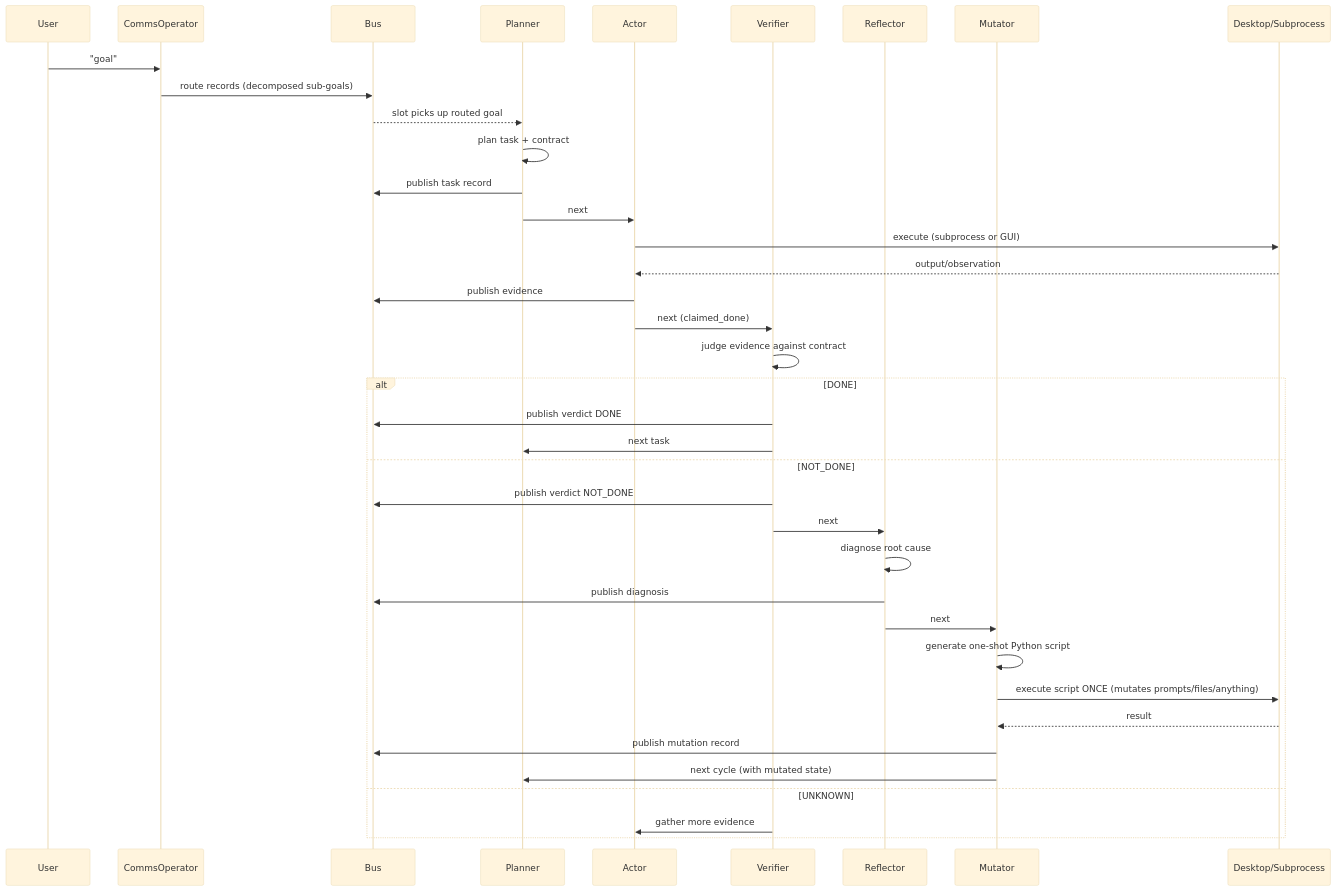
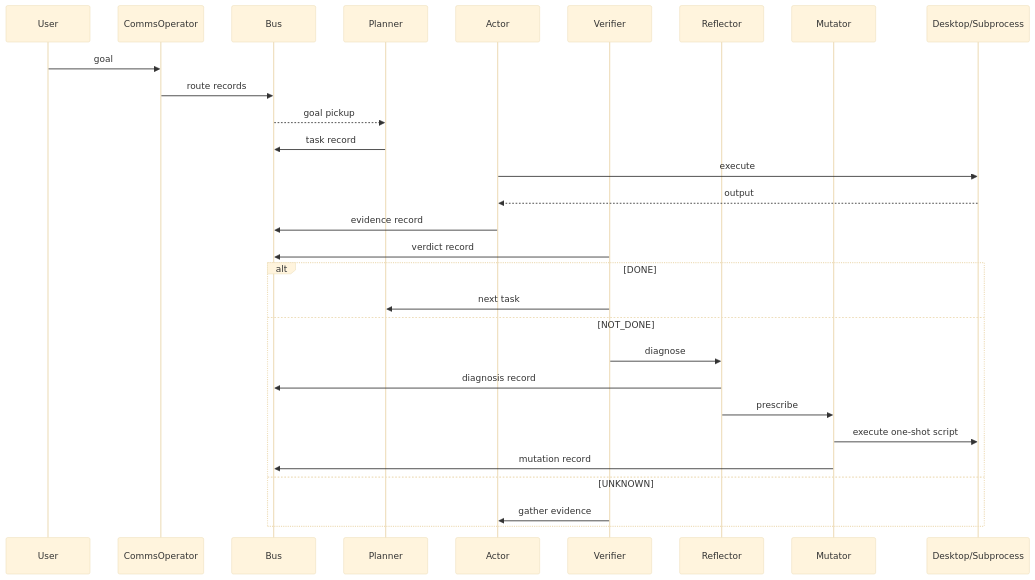
Before and after one commit to wgabrys88/endgame-ai: the second of 2 diagrams in README.md, drawn with Mermaid (base theme). The commit also changed other lines of this file and 7 other files, not shown here.

Commit message:
unified record schema, reflector+mutator one-shot, model agnostic

````diff
--- a/README.md
+++ b/README.md
@@ -73,44 +70,34 @@
 ```mermaid
 sequenceDiagram
     participant U as User
     participant CO as CommsOperator
     participant B as Bus
     participant P as Planner
     participant A as Actor
     participant V as Verifier
     participant R as Reflector
     participant M as Mutator
     participant D as Desktop/Subprocess
 
-    U->>CO: "goal"
-    CO->>B: route records (decomposed sub-goals)
-    B-->>P: slot picks up routed goal
+    U->>CO: goal
+    CO->>B: route records
+    B-->>P: goal pickup
 
-    P->>P: plan task + contract
-    P->>B: publish task record
-    P->>A: next
+    P->>B: task record
+    A->>D: execute
+    D-->>A: output
+    A->>B: evidence record
+    V->>B: verdict record
 
-    A->>D: execute (subprocess or GUI)
-    D-->>A: output/observation
-    A->>B: publish evidence
-    A->>V: next (claimed_done)
-
-    V->>V: judge evidence against contract
     alt DONE
-        V->>B: publish verdict DONE
         V->>P: next task
     else NOT_DONE
-        V->>B: publish verdict NOT_DONE
-        V->>R: next
-        R->>R: diagnose root cause
-        R->>B: publish diagnosis
-        R->>M: next
-        M->>M: generate one-shot Python script
-        M->>D: execute script ONCE (mutates prompts/files/anything)
-        D-->>M: result
-        M->>B: publish mutation record
-        M->>P: next cycle (with mutated state)
+        V->>R: diagnose
+        R->>B: diagnosis record
+        R->>M: prescribe
+        M->>D: execute one-shot script
+        M->>B: mutation record
     else UNKNOWN
-        V->>A: gather more evidence
+        V->>A: gather evidence
     end
 ```
````
